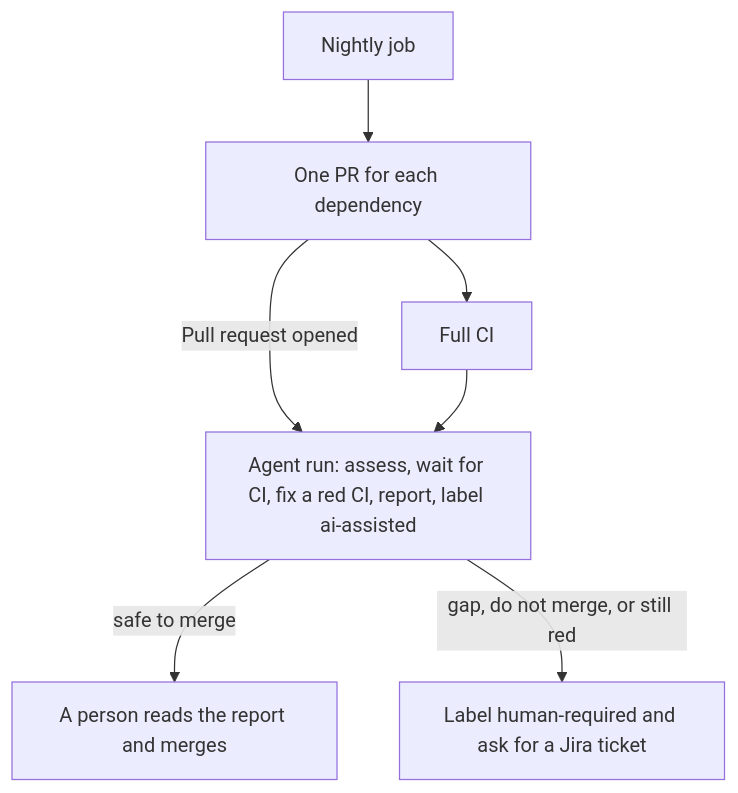
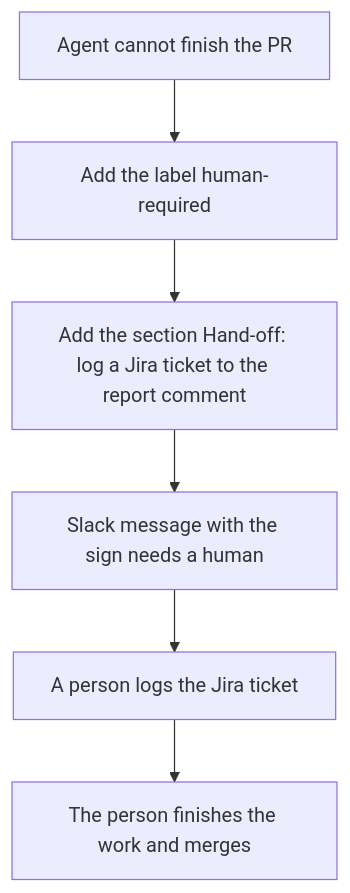
The second of 3 diagrams in docs/security/dependencies.md (Unique-AG/connectors), drawn with Mermaid before and after one commit. The commit also changed other lines of this file and 3 other files, not shown here.

````diff
--- a/docs/security/dependencies.md
+++ b/docs/security/dependencies.md
@@ -10,9 +67,8 @@
 ```mermaid
 flowchart TD
-  nightly[Nightly job] --> pr[One PR for each dependency]
-  pr --> ci[Full CI]
-  pr -->|Pull request opened| agent["Agent run: assess, wait for CI, fix a red CI, report, label ai-assisted"]
-  ci --> agent
-  agent -->|safe to merge| review[A person reads the report and merges]
-  agent -->|gap, do not merge, or still red| human[Label human-required and ask for a Jira ticket]
+  agent[Agent cannot finish the PR] --> label[Add the label human-required]
+  label --> comment["Add the section Hand-off: log a Jira ticket to the report comment"]
+  comment --> slack[Slack message with the sign needs a human]
+  slack --> person[A person logs the Jira ticket]
+  person --> work[The person finishes the work and merges]
 ```
````
